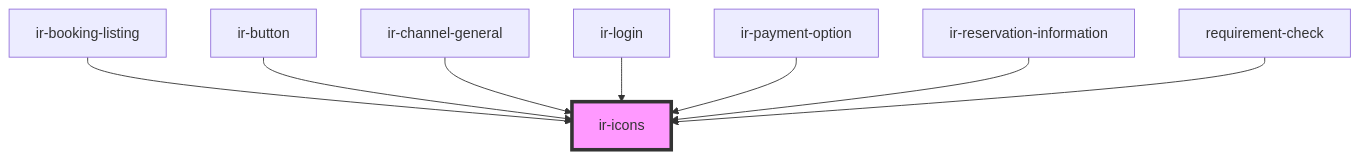
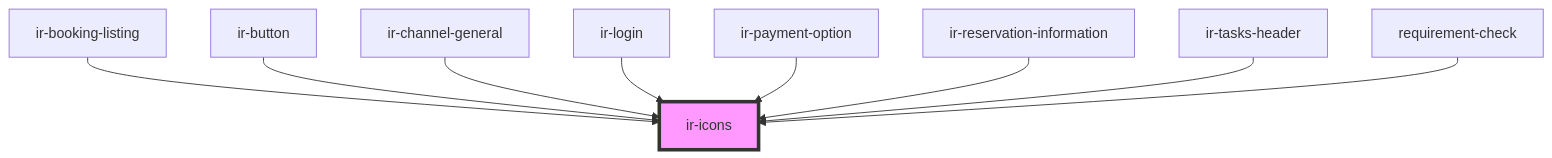
Before and after one commit to RonyRizk/ir-webcmp: the diagram in src/components/ui/ir-icons/readme.md, drawn with Mermaid. The commit also changed other lines of this file and 62 other files, not shown here.

````diff
--- a/src/components/ui/ir-icons/readme.md
+++ b/src/components/ui/ir-icons/readme.md
@@ -28,11 +29,12 @@
 ```mermaid
 graph TD;
   ir-booking-listing --> ir-icons
   ir-button --> ir-icons
   ir-channel-general --> ir-icons
   ir-login --> ir-icons
   ir-payment-option --> ir-icons
   ir-reservation-information --> ir-icons
+  ir-tasks-header --> ir-icons
   requirement-check --> ir-icons
   style ir-icons fill:#f9f,stroke:#333,stroke-width:4px
 ```
````
